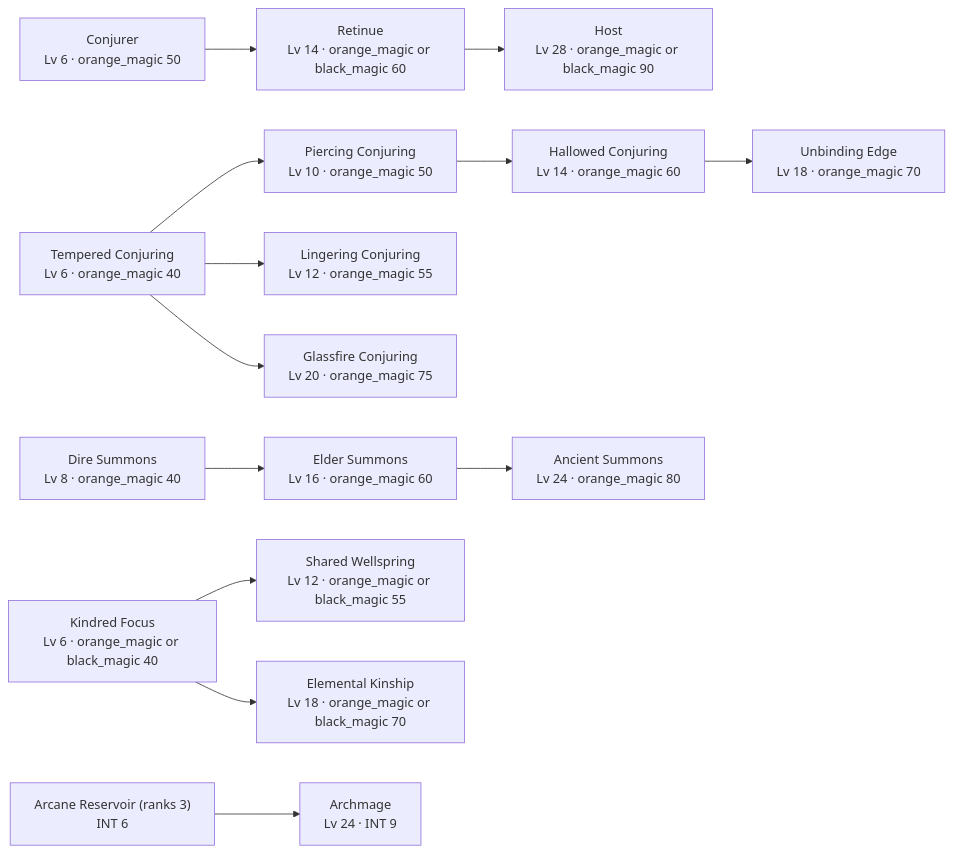
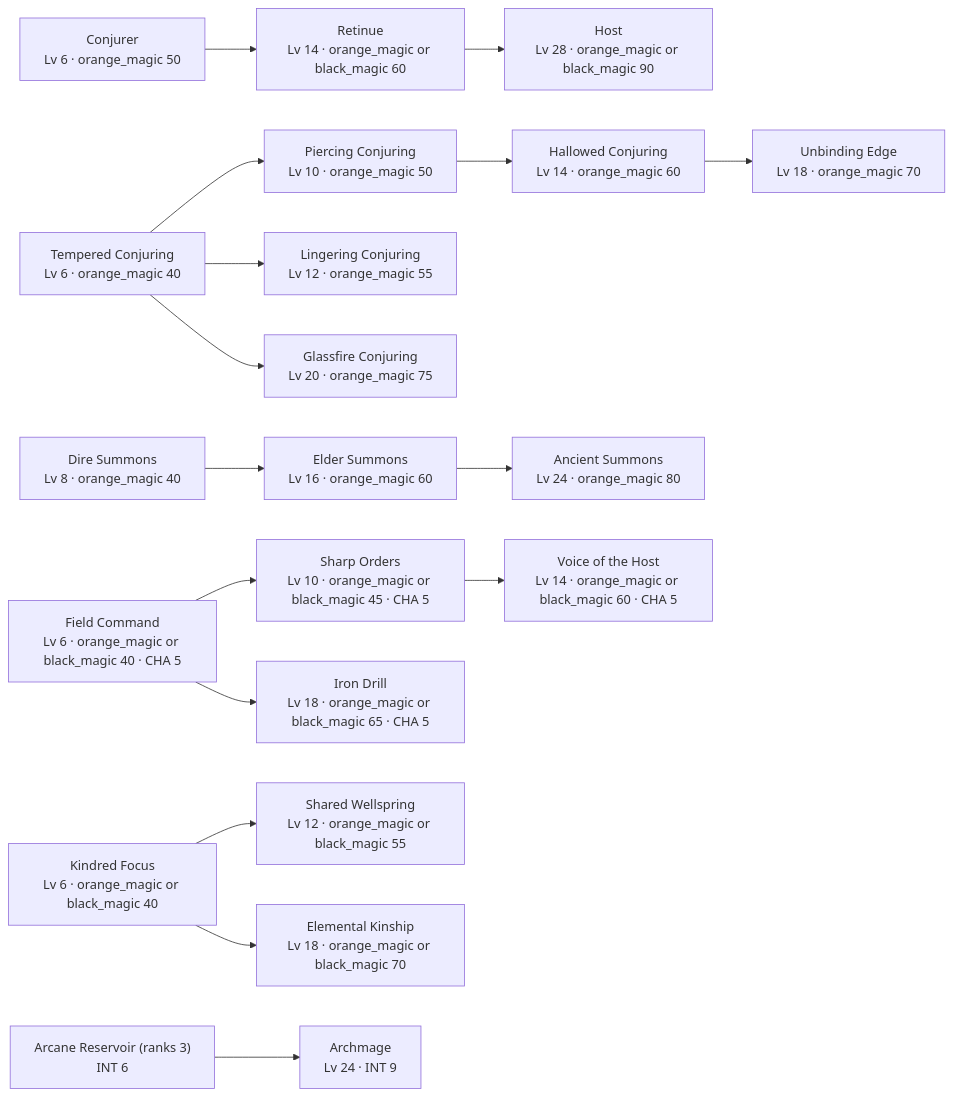
Before and after one commit to SETA1609/riftweave-core: the third of 5 diagrams in docs/core/perk-ladders.md, drawn with Mermaid. The commit also changed other lines of this file and 24 other files, not shown here.

````diff
--- a/docs/core/perk-ladders.md
+++ b/docs/core/perk-ladders.md
@@ -58,32 +58,39 @@
 ```mermaid
 graph LR
   arcane_reservoir["Arcane Reservoir (ranks 3)<br/>INT 6"]
   conjurer["Conjurer<br/>Lv 6 · orange_magic 50"]
   summon_retinue["Retinue<br/>Lv 14 · orange_magic or black_magic 60"]
   tempered_conjuring["Tempered Conjuring<br/>Lv 6 · orange_magic 40"]
   piercing_conjuring["Piercing Conjuring<br/>Lv 10 · orange_magic 50"]
   lingering_conjuring["Lingering Conjuring<br/>Lv 12 · orange_magic 55"]
   hallowed_conjuring["Hallowed Conjuring<br/>Lv 14 · orange_magic 60"]
   unbinding_edge["Unbinding Edge<br/>Lv 18 · orange_magic 70"]
   glassfire_conjuring["Glassfire Conjuring<br/>Lv 20 · orange_magic 75"]
   summon_host["Host<br/>Lv 28 · orange_magic or black_magic 90"]
   summon_dire["Dire Summons<br/>Lv 8 · orange_magic 40"]
   summon_elder["Elder Summons<br/>Lv 16 · orange_magic 60"]
   summon_ancient["Ancient Summons<br/>Lv 24 · orange_magic 80"]
+  field_command["Field Command<br/>Lv 6 · orange_magic or black_magic 40 · CHA 5"]
+  sharp_orders["Sharp Orders<br/>Lv 10 · orange_magic or black_magic 45 · CHA 5"]
+  voice_of_the_host["Voice of the Host<br/>Lv 14 · orange_magic or black_magic 60 · CHA 5"]
+  iron_drill["Iron Drill<br/>Lv 18 · orange_magic or black_magic 65 · CHA 5"]
   kindred_focus["Kindred Focus<br/>Lv 6 · orange_magic or black_magic 40"]
   shared_wellspring["Shared Wellspring<br/>Lv 12 · orange_magic or black_magic 55"]
   elemental_kinship["Elemental Kinship<br/>Lv 18 · orange_magic or black_magic 70"]
   archmage["Archmage<br/>Lv 24 · INT 9"]
   conjurer --> summon_retinue
   tempered_conjuring --> piercing_conjuring
   tempered_conjuring --> lingering_conjuring
   piercing_conjuring --> hallowed_conjuring
   hallowed_conjuring --> unbinding_edge
   tempered_conjuring --> glassfire_conjuring
   summon_retinue --> summon_host
   summon_dire --> summon_elder
   summon_elder --> summon_ancient
+  field_command --> sharp_orders
+  sharp_orders --> voice_of_the_host
+  field_command --> iron_drill
   kindred_focus --> shared_wellspring
   kindred_focus --> elemental_kinship
   arcane_reservoir --> archmage
 ```
````
